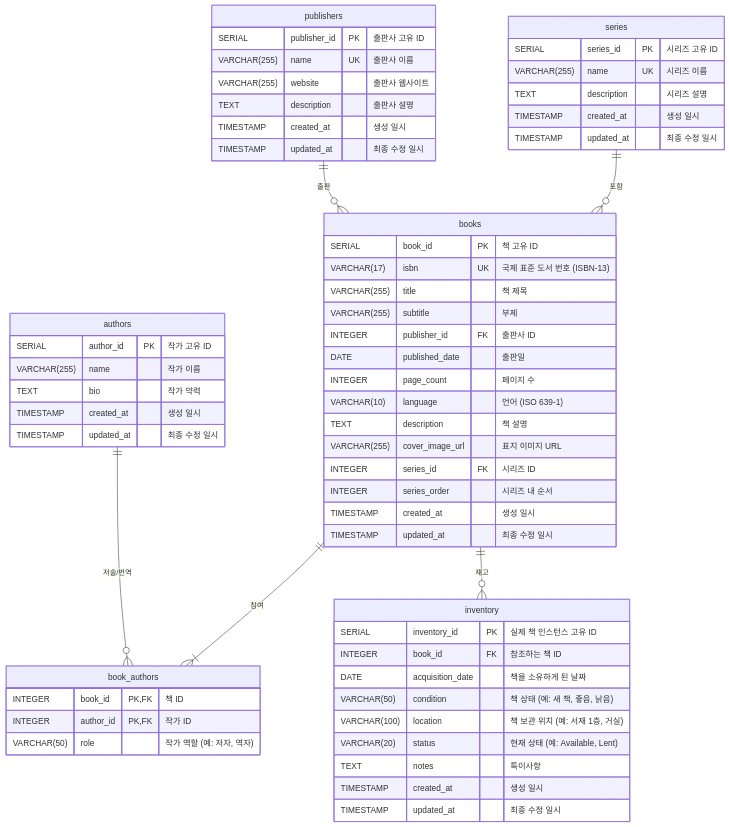
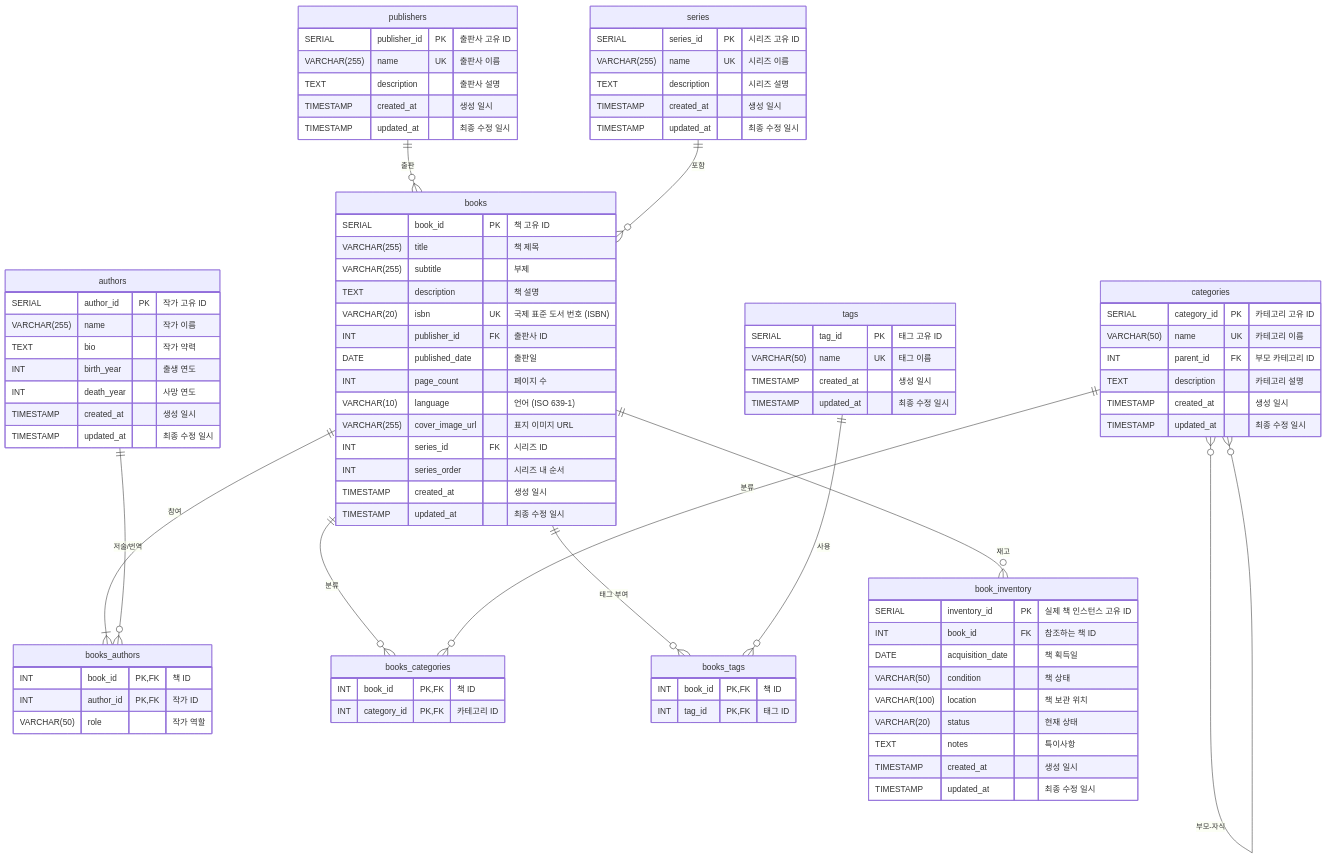
The diagram in README.md (kanghee-cho/booklibrary), drawn with Mermaid before and after one commit. The commit also changed 1 other file, not shown here.

````diff
--- a/README.md
+++ b/README.md
@@ -5,18 +5,35 @@
 ```mermaid
 erDiagram
+    authors {
+        SERIAL author_id PK "작가 고유 ID"
+        VARCHAR(255) name "작가 이름"
+        TEXT bio "작가 약력"
+        INT birth_year "출생 연도"
+        INT death_year "사망 연도"
+        TIMESTAMP created_at "생성 일시"
+        TIMESTAMP updated_at "최종 수정 일시"
+    }
+
     publishers {
         SERIAL publisher_id PK "출판사 고유 ID"
         VARCHAR(255) name UK "출판사 이름"
-        VARCHAR(255) website "출판사 웹사이트"
         TEXT description "출판사 설명"
         TIMESTAMP created_at "생성 일시"
         TIMESTAMP updated_at "최종 수정 일시"
     }
 
-    authors {
-        SERIAL author_id PK "작가 고유 ID"
-        VARCHAR(255) name "작가 이름"
-        TEXT bio "작가 약력"
+    categories {
+        SERIAL category_id PK "카테고리 고유 ID"
+        VARCHAR(50) name UK "카테고리 이름"
+        INT parent_id FK "부모 카테고리 ID"
+        TEXT description "카테고리 설명"
+        TIMESTAMP created_at "생성 일시"
+        TIMESTAMP updated_at "최종 수정 일시"
+    }
+
+    tags {
+        SERIAL tag_id PK "태그 고유 ID"
+        VARCHAR(50) name UK "태그 이름"
         TIMESTAMP created_at "생성 일시"
         TIMESTAMP updated_at "최종 수정 일시"
     }
@@ -31,34 +48,44 @@
 
     books {
         SERIAL book_id PK "책 고유 ID"
-        VARCHAR(17) isbn UK "국제 표준 도서 번호 (ISBN-13)"
         VARCHAR(255) title "책 제목"
         VARCHAR(255) subtitle "부제"
-        INTEGER publisher_id FK "출판사 ID"
+        TEXT description "책 설명"
+        VARCHAR(20) isbn UK "국제 표준 도서 번호 (ISBN)"
+        INT publisher_id FK "출판사 ID"
         DATE published_date "출판일"
-        INTEGER page_count "페이지 수"
+        INT page_count "페이지 수"
         VARCHAR(10) language "언어 (ISO 639-1)"
-        TEXT description "책 설명"
         VARCHAR(255) cover_image_url "표지 이미지 URL"
-        INTEGER series_id FK "시리즈 ID"
-        INTEGER series_order "시리즈 내 순서"
+        INT series_id FK "시리즈 ID"
+        INT series_order "시리즈 내 순서"
         TIMESTAMP created_at "생성 일시"
         TIMESTAMP updated_at "최종 수정 일시"
     }
 
-    book_authors {
-        INTEGER book_id PK,FK "책 ID"
-        INTEGER author_id PK,FK "작가 ID"
-        VARCHAR(50) role "작가 역할 (예: 저자, 역자)"
+    books_authors {
+        INT book_id PK,FK "책 ID"
+        INT author_id PK,FK "작가 ID"
+        VARCHAR(50) role "작가 역할"
     }
 
-    inventory {
+    books_categories {
+        INT book_id PK,FK "책 ID"
+        INT category_id PK,FK "카테고리 ID"
+    }
+
+    books_tags {
+        INT book_id PK,FK "책 ID"
+        INT tag_id PK,FK "태그 ID"
+    }
+
+    book_inventory {
         SERIAL inventory_id PK "실제 책 인스턴스 고유 ID"
-        INTEGER book_id FK "참조하는 책 ID"
-        DATE acquisition_date "책을 소유하게 된 날짜"
-        VARCHAR(50) condition "책 상태 (예: 새 책, 좋음, 낡음)"
-        VARCHAR(100) location "책 보관 위치 (예: 서재 1층, 거실)"
-        VARCHAR(20) status "현재 상태 (예: Available, Lent)"
+        INT book_id FK "참조하는 책 ID"
+        DATE acquisition_date "책 획득일"
+        VARCHAR(50) condition "책 상태"
+        VARCHAR(100) location "책 보관 위치"
+        VARCHAR(20) status "현재 상태"
         TEXT notes "특이사항"
         TIMESTAMP created_at "생성 일시"
         TIMESTAMP updated_at "최종 수정 일시"
@@ -66,7 +93,12 @@
 
     publishers ||--o{ books : "출판"
     series ||--o{ books : "포함"
-    books ||--|{ book_authors : "참여"
-    authors ||--o{ book_authors : "저술/번역"
-    books ||--o{ inventory : "재고"
+    books ||--|{ books_authors : "참여"
+    authors ||--o{ books_authors : "저술/번역"
+    books ||--o{ book_inventory : "재고"
+    books ||--o{ books_categories : "분류"
+    categories ||--o{ books_categories : "분류"
+    categories }o--o{ categories : "부모-자식"
+    books ||--o{ books_tags : "태그 부여"
+    tags ||--o{ books_tags : "사용"
 ```
````
